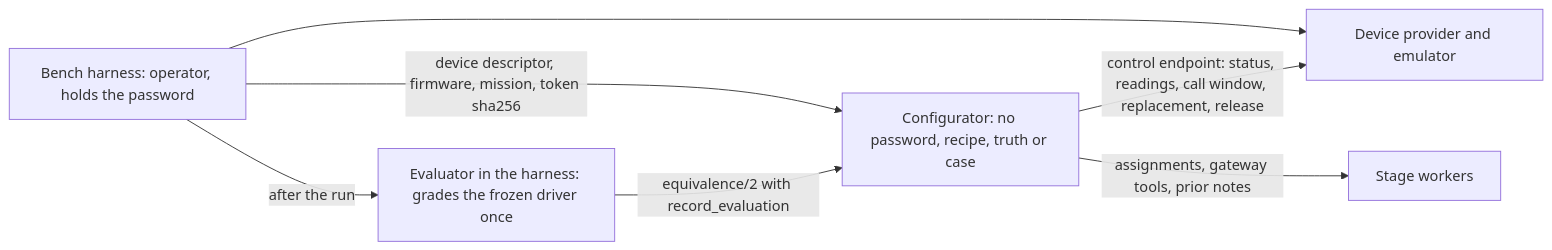
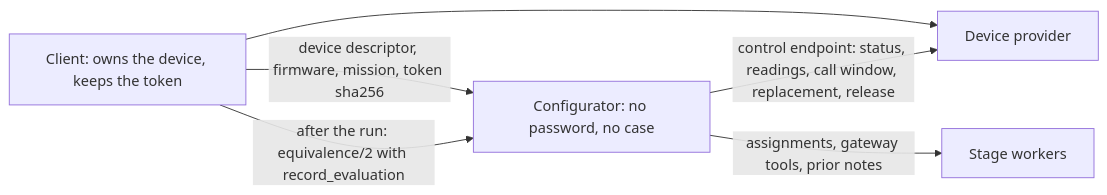
The second of 2 diagrams in docs/design.md (cam-berger/generative-driver), drawn with Mermaid before and after one commit. The commit also changed other lines of this file and 206 other files, not shown here.

````diff
--- a/docs/design.md
+++ b/docs/design.md
@@ -90,9 +69,8 @@
 ```mermaid
 flowchart LR
-    H["Bench harness: operator, holds the password"] --> P["Device provider and emulator"]
-    H -->|"device descriptor, firmware, mission, token sha256"| C["Configurator: no password, recipe, truth or case"]
+    H["Client: owns the device, keeps the token"] --> P["Device provider"]
+    H -->|"device descriptor, firmware, mission, token sha256"| C["Configurator: no password, no case"]
     C -->|"control endpoint: status, readings, call window, replacement, release"| P
     C -->|"assignments, gateway tools, prior notes"| W["Stage workers"]
-    H -->|"after the run"| V["Evaluator in the harness: grades the frozen driver once"]
-    V -->|"equivalence/2 with record_evaluation"| C
+    H -->|"after the run: equivalence/2 with record_evaluation"| C
 ```
````
